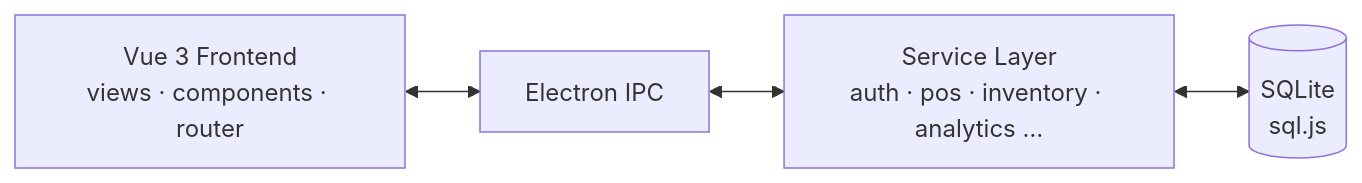
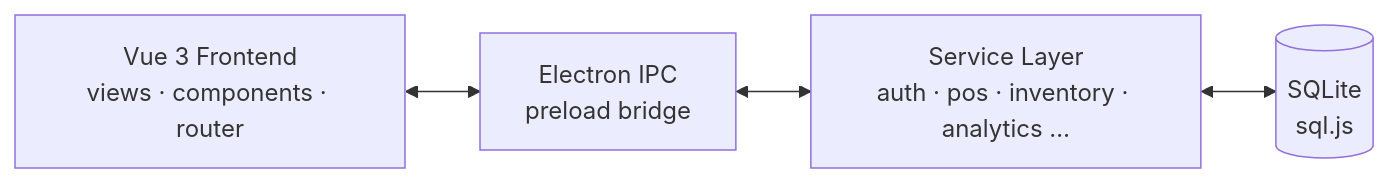
One commit to AndrewPuig77/Small-Food-Business-Management-System changed the diagram in README.md. Above: the diagram before and after it, drawn with Mermaid. The commit also changed other lines of this file, not shown here.

````diff
--- a/README.md
+++ b/README.md
@@ -177,8 +181,8 @@
 ```mermaid
 flowchart LR
     UI["Vue 3 Frontend<br/>views · components · router"]
-    IPC["Electron IPC"]
+    IPC["Electron IPC<br/>preload bridge"]
     SVC["Service Layer<br/>auth · pos · inventory · analytics …"]
     DB[("SQLite<br/>sql.js")]
     UI <--> IPC <--> SVC <--> DB
 ```
````
